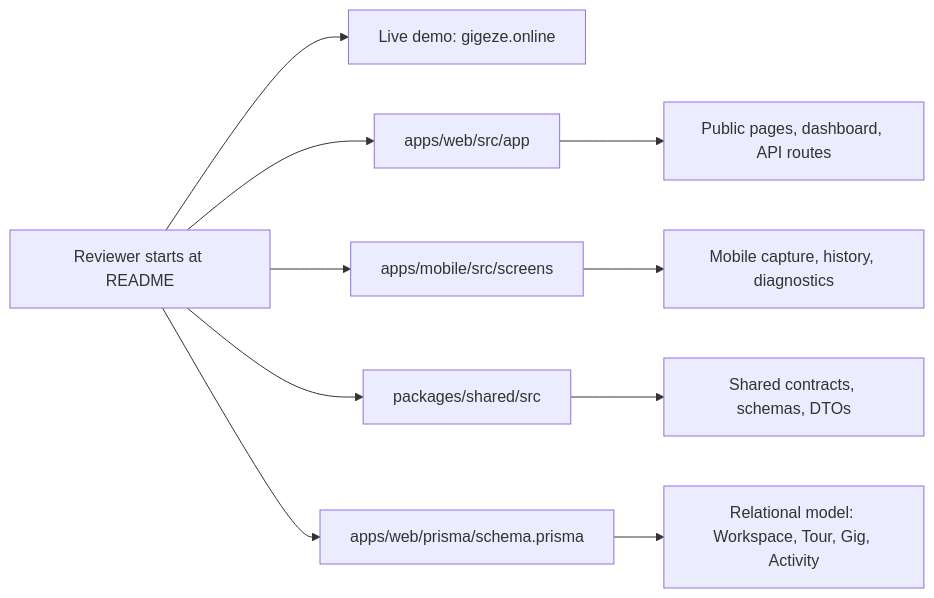
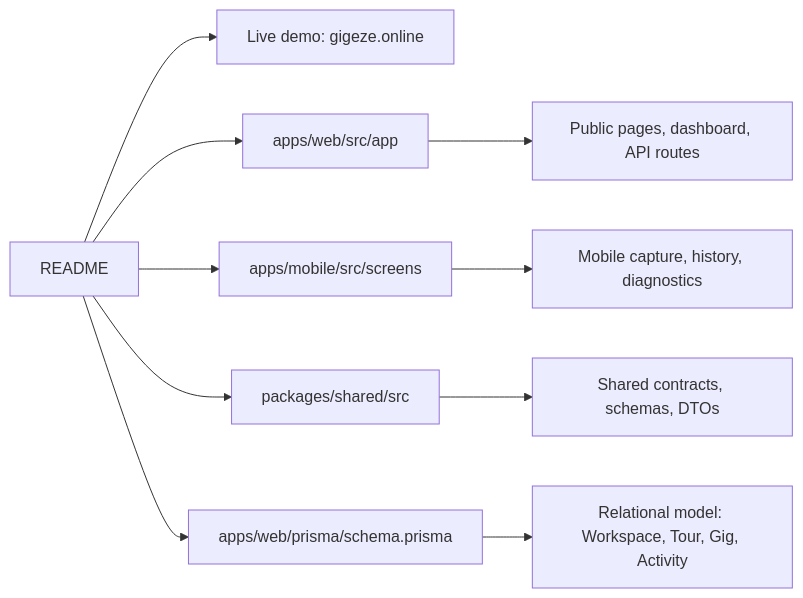
The diagram in README.md (brunsdon/gigeze-app), drawn with Mermaid before and after one commit. The commit also changed other lines of this file, not shown here.

Commit message:
feat: update README to enhance product overview, clarify architecture, and improve documentation structure

````diff
--- a/README.md
+++ b/README.md
@@ -218,13 +168,13 @@
 ```mermaid
 flowchart LR
-  A["Reviewer starts at README"] --> B["Live demo: gigeze.online"]
+  A["README"] --> B["Live demo: gigeze.online"]
   A --> C["apps/web/src/app"]
   A --> D["apps/mobile/src/screens"]
   A --> E["packages/shared/src"]
   A --> F["apps/web/prisma/schema.prisma"]
 
   C --> G["Public pages, dashboard, API routes"]
   D --> H["Mobile capture, history, diagnostics"]
   E --> I["Shared contracts, schemas, DTOs"]
   F --> J["Relational model: Workspace, Tour, Gig, Activity"]
 ```
````
